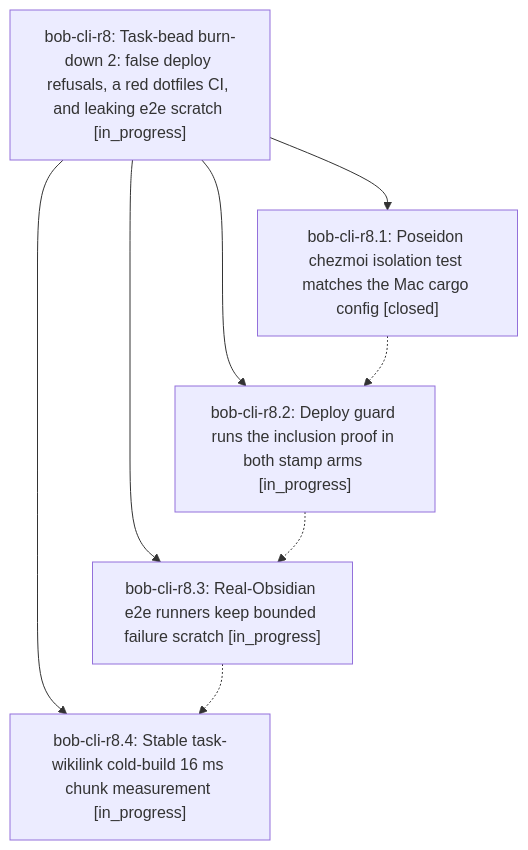
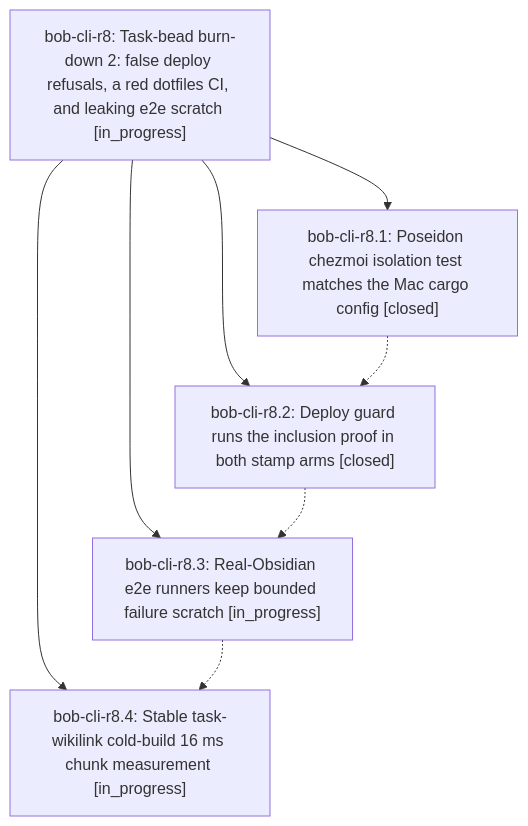
The diagram in pages/bob-cli-r8/README.md (bobs-org/bob-cli--beads), drawn with Mermaid before and after one commit. The commit also changed other lines of this file and 3 other files, not shown here.

First line of the commit message:
chore(beads): sync bead state and pages for bob-cli-r8

````diff
--- a/pages/bob-cli-r8/README.md
+++ b/pages/bob-cli-r8/README.md
@@ -37,15 +37,15 @@
 ```mermaid
 flowchart TD
     n0["bob-cli-r8: Task-bead burn-down 2: false deploy refusals, a red dotfiles CI, and leaking e2e scratch [in_progress]"]
     n1["bob-cli-r8.1: Poseidon chezmoi isolation test matches the Mac cargo config [closed]"]
-    n2["bob-cli-r8.2: Deploy guard runs the inclusion proof in both stamp arms [in_progress]"]
+    n2["bob-cli-r8.2: Deploy guard runs the inclusion proof in both stamp arms [closed]"]
     n3["bob-cli-r8.3: Real-Obsidian e2e runners keep bounded failure scratch [in_progress]"]
     n4["bob-cli-r8.4: Stable task-wikilink cold-build 16 ms chunk measurement [in_progress]"]
     n0 --> n1
     n0 --> n2
     n0 --> n3
     n0 --> n4
     n1 -.-> n2
     n2 -.-> n3
     n3 -.-> n4
 ```
````
